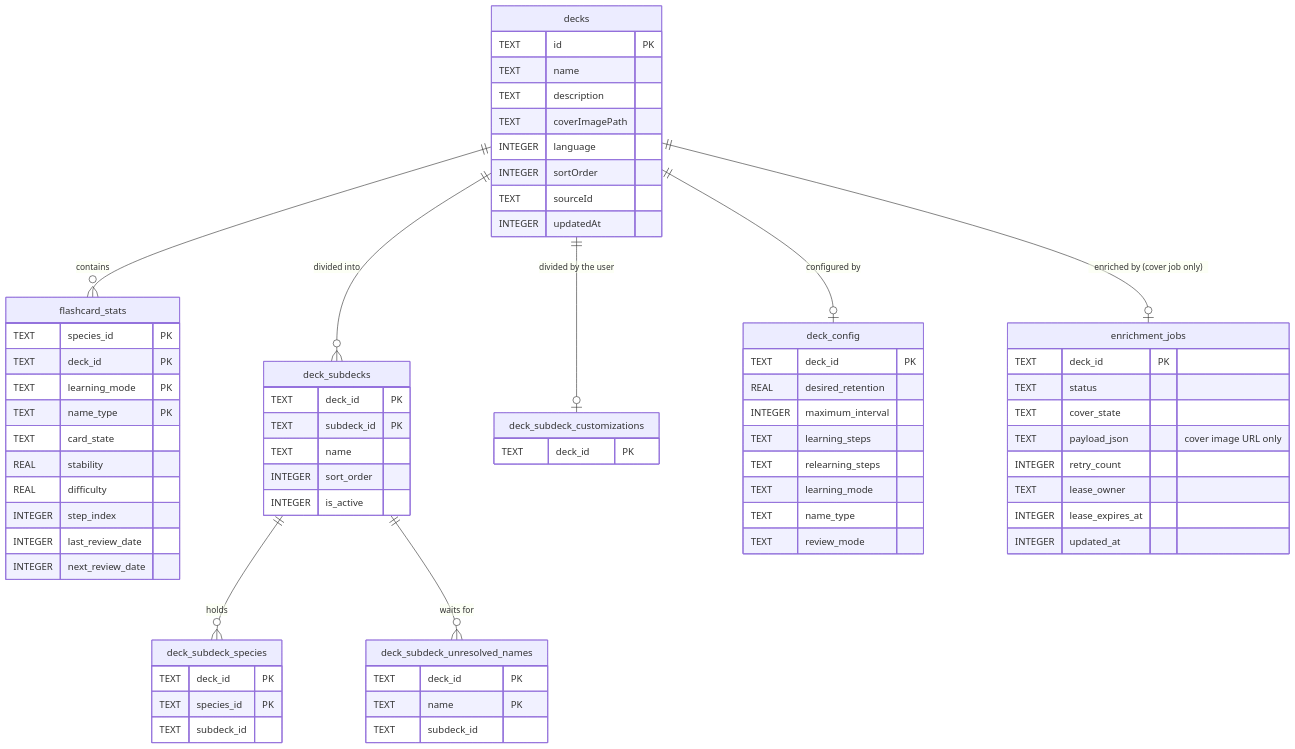
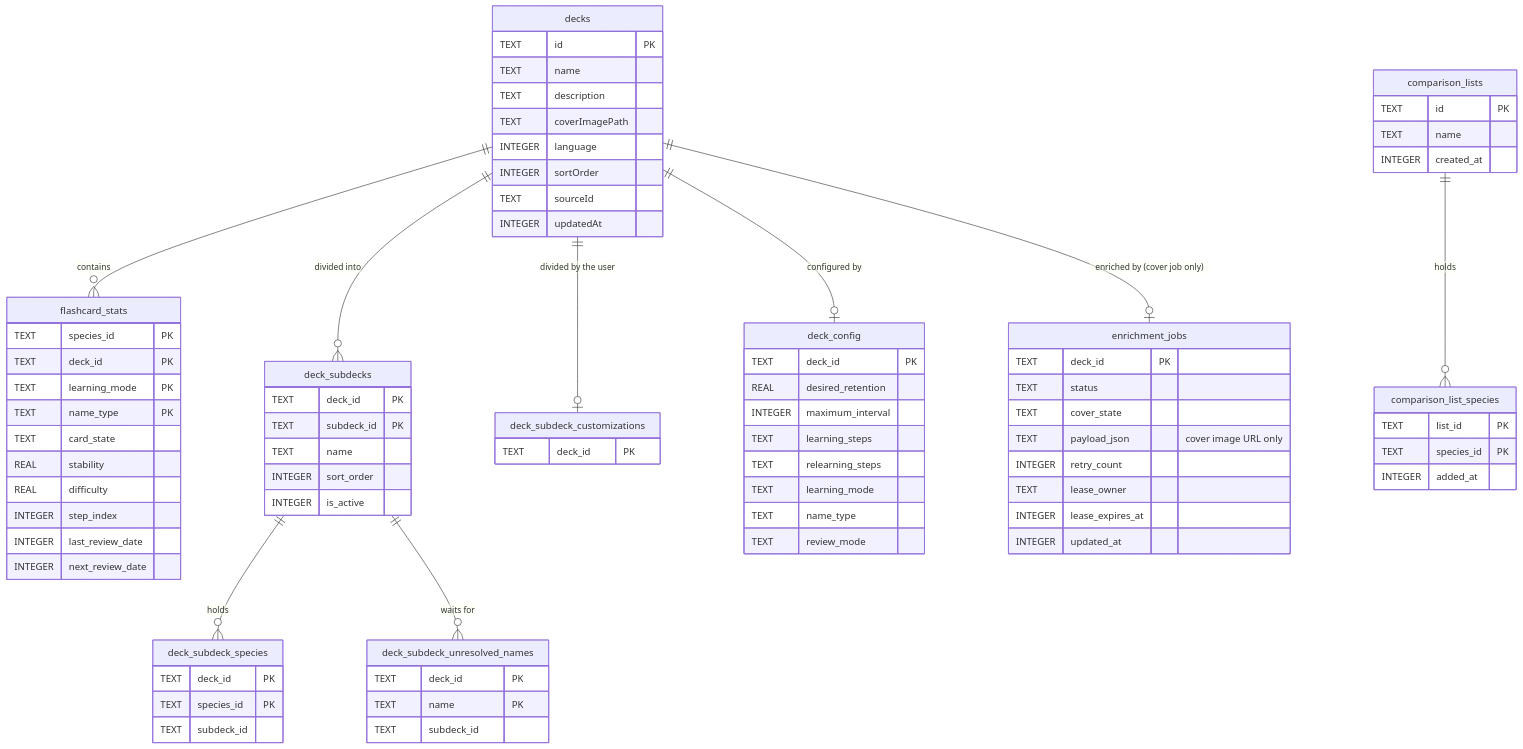
Before and after one commit to discere-app/discere: the diagram in docs/architecture-overview.md, drawn with Mermaid. The commit also changed other lines of this file and 7 other files, not shown here.

````diff
--- a/docs/architecture-overview.md
+++ b/docs/architecture-overview.md
@@ -361,6 +367,18 @@
         TEXT deck_id PK
     }
 
+    comparison_lists {
+        TEXT id PK
+        TEXT name
+        INTEGER created_at
+    }
+
+    comparison_list_species {
+        TEXT list_id PK
+        TEXT species_id PK
+        INTEGER added_at
+    }
+
     deck_config {
         TEXT deck_id PK
         REAL desired_retention
@@ -390,4 +408,5 @@
     decks ||--o| deck_subdeck_customizations : "divided by the user"
     decks ||--o| deck_config : "configured by"
     decks ||--o| enrichment_jobs : "enriched by (cover job only)"
+    comparison_lists ||--o{ comparison_list_species : "holds"
 ```
````
